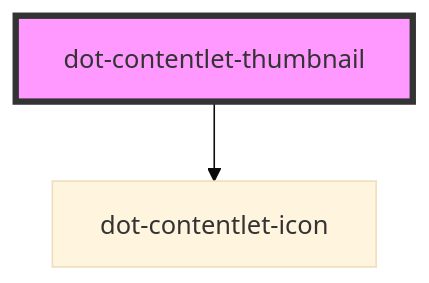
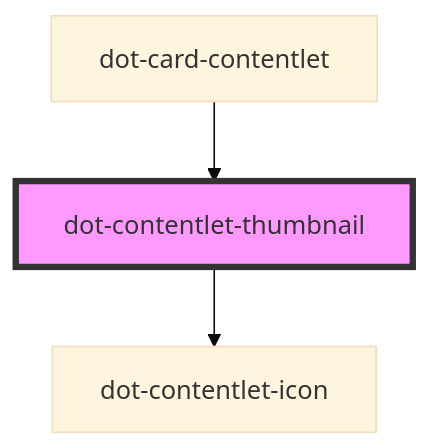
The diagram in src/elements/dot-contentlet-thumbnail/readme.md (dotCMS/dotcms-webcomponents), drawn with Mermaid (base theme) before and after one commit. The commit also changed other lines of this file and 10 other files, not shown here.

````diff
--- a/src/elements/dot-contentlet-thumbnail/readme.md
+++ b/src/elements/dot-contentlet-thumbnail/readme.md
@@ -26,5 +30,6 @@
 ```mermaid
 graph TD;
   dot-contentlet-thumbnail --> dot-contentlet-icon
+  dot-card-contentlet --> dot-contentlet-thumbnail
   style dot-contentlet-thumbnail fill:#f9f,stroke:#333,stroke-width:4px
 ```
````
